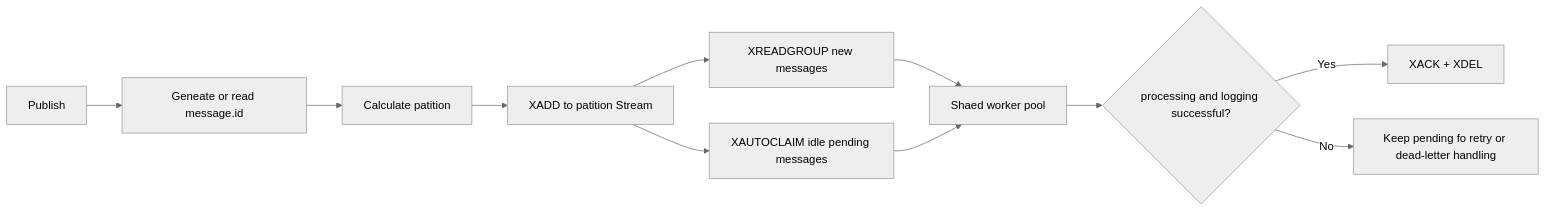
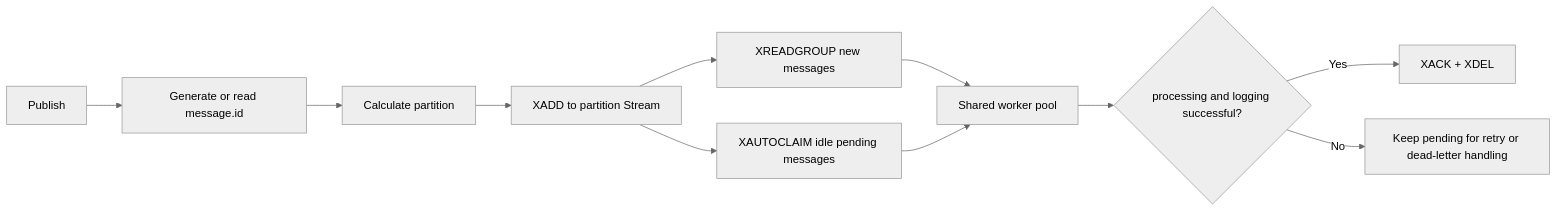
Before and after one commit to retail-ai-inc/beanq: the third of 7 diagrams in README.md, drawn with Mermaid (neutral theme). The commit also changed other lines of this file, not shown here.

````diff
--- a/README.md
+++ b/README.md
@@ -184,13 +184,13 @@
 ```mermaid
 flowchart LR
-    A[Publish] --> B[Geneate or read message.id]
-    B --> C[Calculate patition]
-    C --> D[XADD to patition Stream]
+    A[Publish] --> B[Generate or read message.id]
+    B --> C[Calculate partition]
+    C --> D[XADD to partition Stream]
     D --> E[XREADGROUP new messages]
     D --> F[XAUTOCLAIM idle pending messages]
-    E --> G[Shaed worker pool]
+    E --> G[Shared worker pool]
     F --> G
     G --> H{processing and logging successful?}
     H -->|Yes| I[XACK + XDEL]
-    H -->|No| J[Keep pending fo retry or dead-letter handling]
+    H -->|No| J[Keep pending for retry or dead-letter handling]
 ```
````
